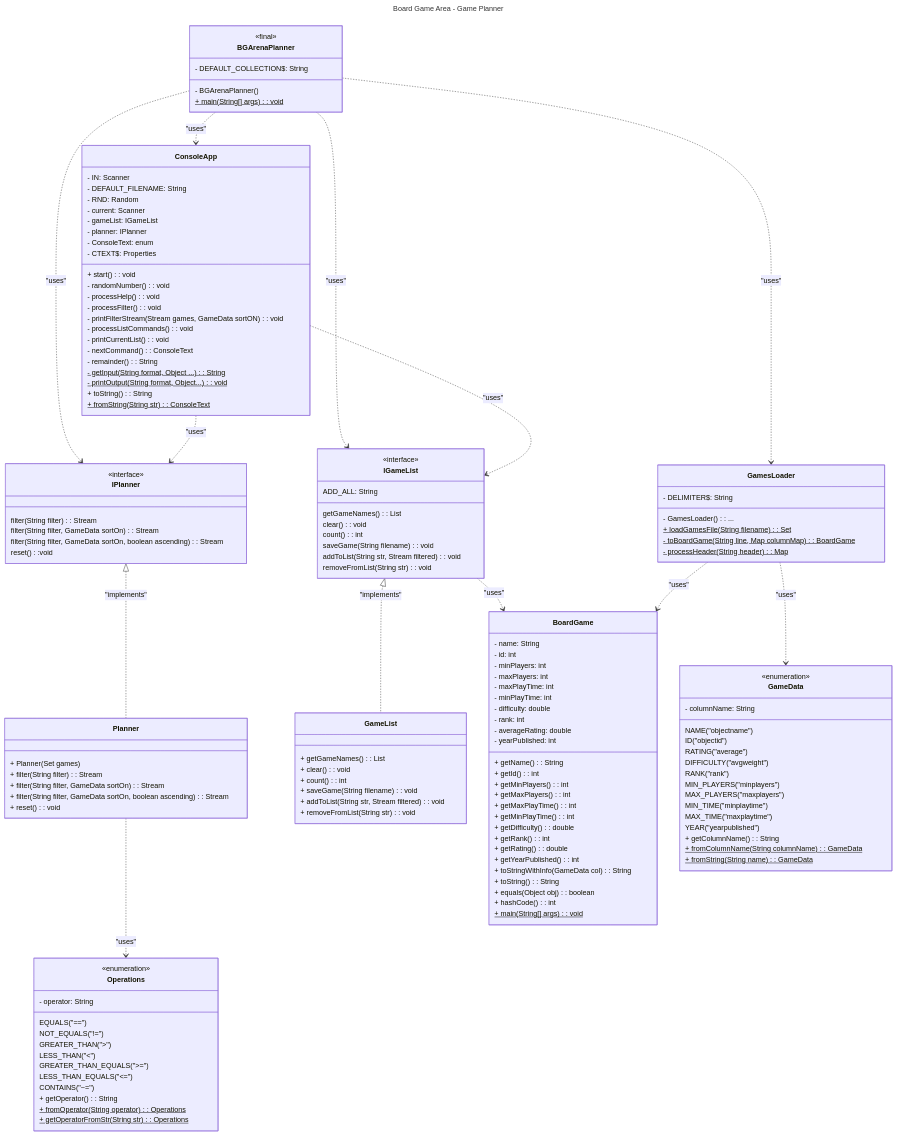
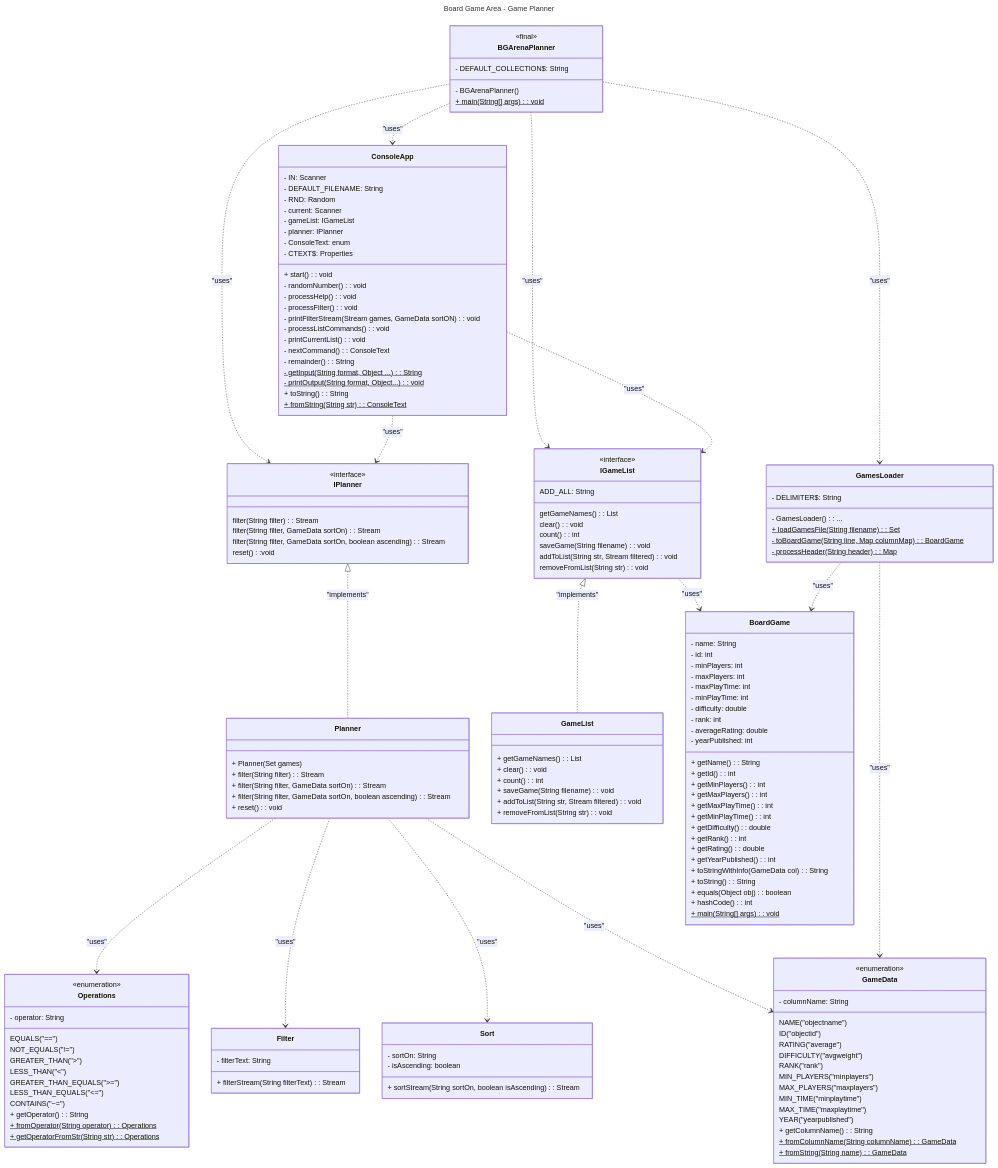
The diagram in DesignDocument.md (5004-SEA-Fa24-Geeng/bg-arena-planner-lucyyyychen), drawn with Mermaid before and after one commit. The commit also changed 2 other files, not shown here.

Commit message:
Create Filter and Sort classes, UML updated

````diff
--- a/DesignDocument.md
+++ b/DesignDocument.md
@@ -24,13 +24,18 @@
     IPlanner  <|.. Planner : "implements"
     IGameList <|.. GameList : "implements"
     
-    
     IGameList ..> BoardGame : "uses"
     GamesLoader ..> BoardGame : "uses"
+    Planner ..> Operations : "uses"
+    Planner ..> Filter : "uses"
+    Planner ..> Sort : "uses"
+    Planner ..> GameData : "uses"
+
+    
     GamesLoader ..> GameData : "uses"
     
-
-    Planner ..> Operations : "uses" 
+    
+    
 
     class BoardGame{
         - name: String
@@ -163,5 +168,14 @@
         + getOperatorFromStr(String str)$: Operations
 
     }
+    class Filter{
+        - filterText: String
+        + filterStream(String filterText): Stream<List>
+    }
+    class Sort{
+        - sortOn: String
+        - isAscending: boolean
+        + sortStream(String sortOn, boolean isAscending): Stream<List>
+    }
     
 ```
````
